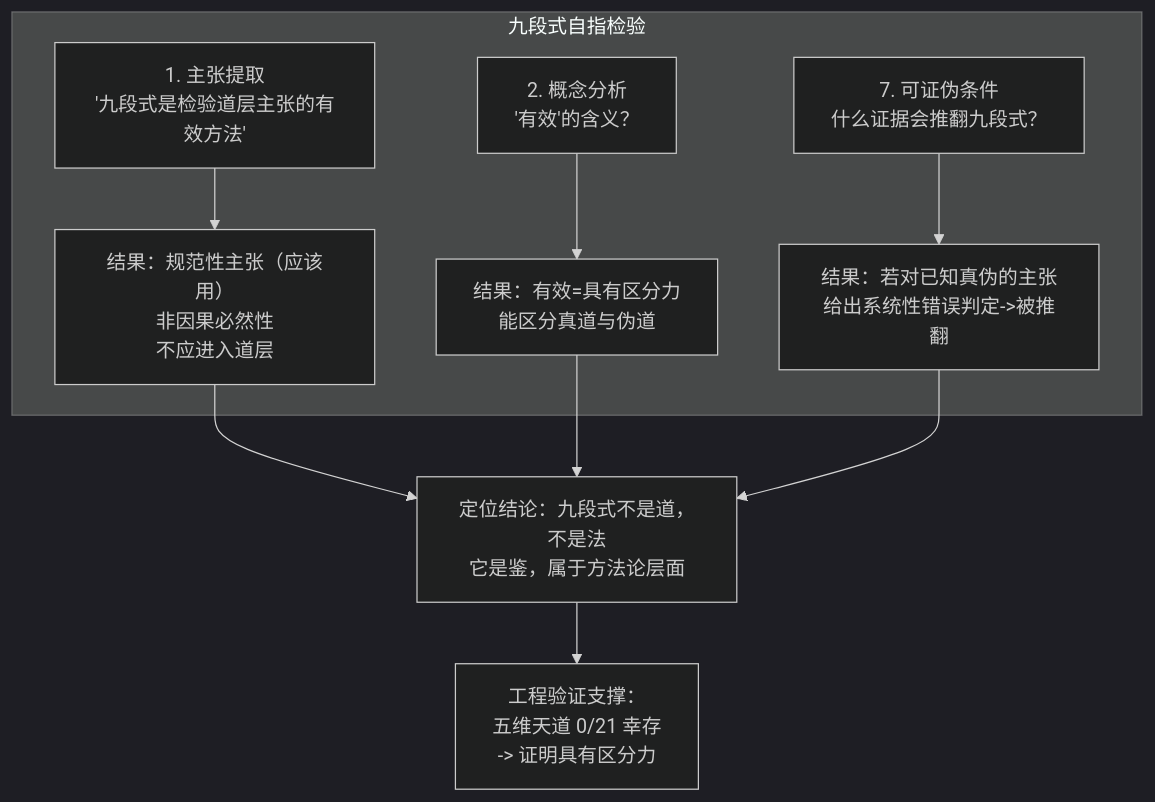
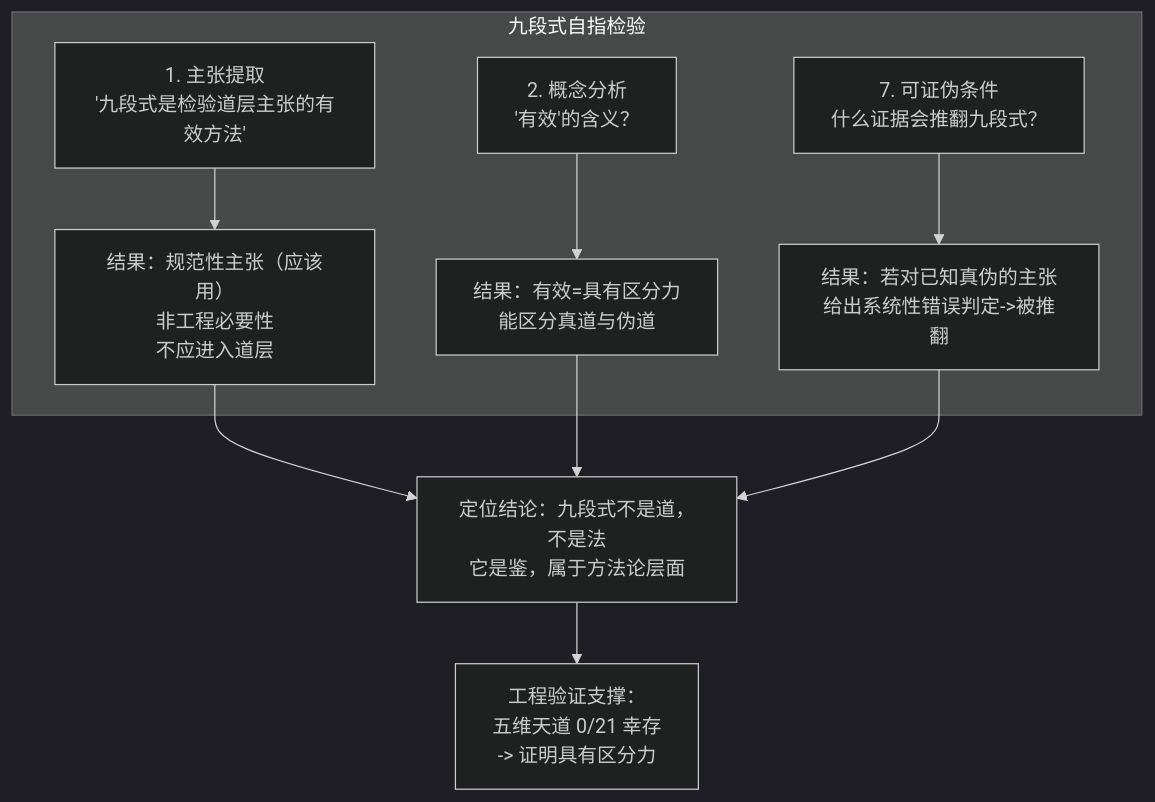
One commit to sgmov/sihankor changed the sixth of 13 diagrams in docs/specs/philosophy/On-SiHankor-Assay.sih.md. Above: the diagram before and after it, drawn with Mermaid (dark theme). The commit also changed other lines of this file and 9 other files, not shown here.

````diff
--- a/docs/specs/philosophy/On-SiHankor-Assay.sih.md
+++ b/docs/specs/philosophy/On-SiHankor-Assay.sih.md
@@ -482,16 +482,16 @@
 ```mermaid
 flowchart TD
     subgraph SelfExam["九段式自指检验"]
-        S1["1. 主张提取<br/>'九段式是检验道层主张的有效方法'"] --> S1R["结果：规范性主张（应该用）<br/>非因果必然性<br/>不应进入道层"]
+        S1["1. 主张提取<br/>'九段式是检验道层主张的有效方法'"] --> S1R["结果：规范性主张（应该用）<br/>非工程必要性<br/>不应进入道层"]
         S2["2. 概念分析<br/>'有效'的含义？"] --> S2R["结果：有效=具有区分力<br/>能区分真道与伪道"]
         S7["7. 可证伪条件<br/>什么证据会推翻九段式？"] --> S7R["结果：若对已知真伪的主张<br/>给出系统性错误判定->被推翻"]
     end
 
     S1R --> Conclusion
     S2R --> Conclusion
     S7R --> Conclusion
 
     Conclusion["定位结论：九段式不是道，不是法<br/>它是鉴，属于方法论层面"]
     Validation["工程验证支撑：<br/>五维天道 0/21 幸存<br/>-> 证明具有区分力"]
     Conclusion --> Validation
 ```
````
